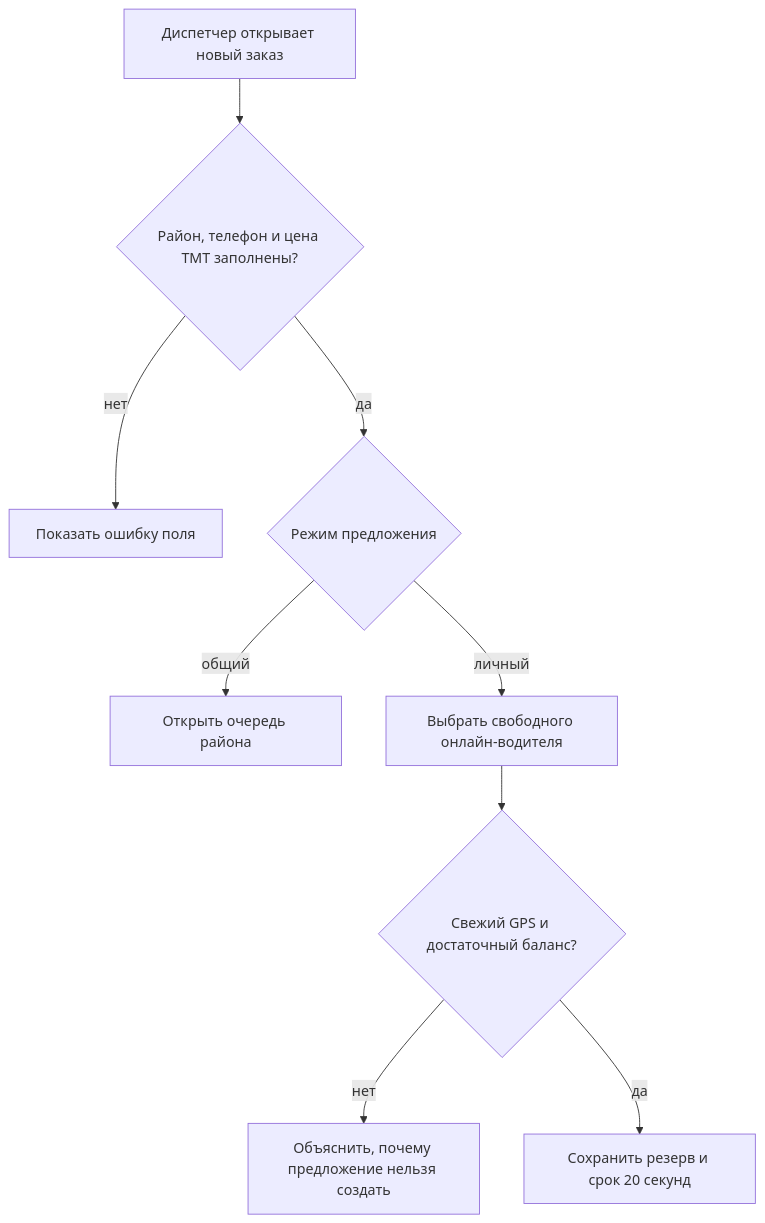
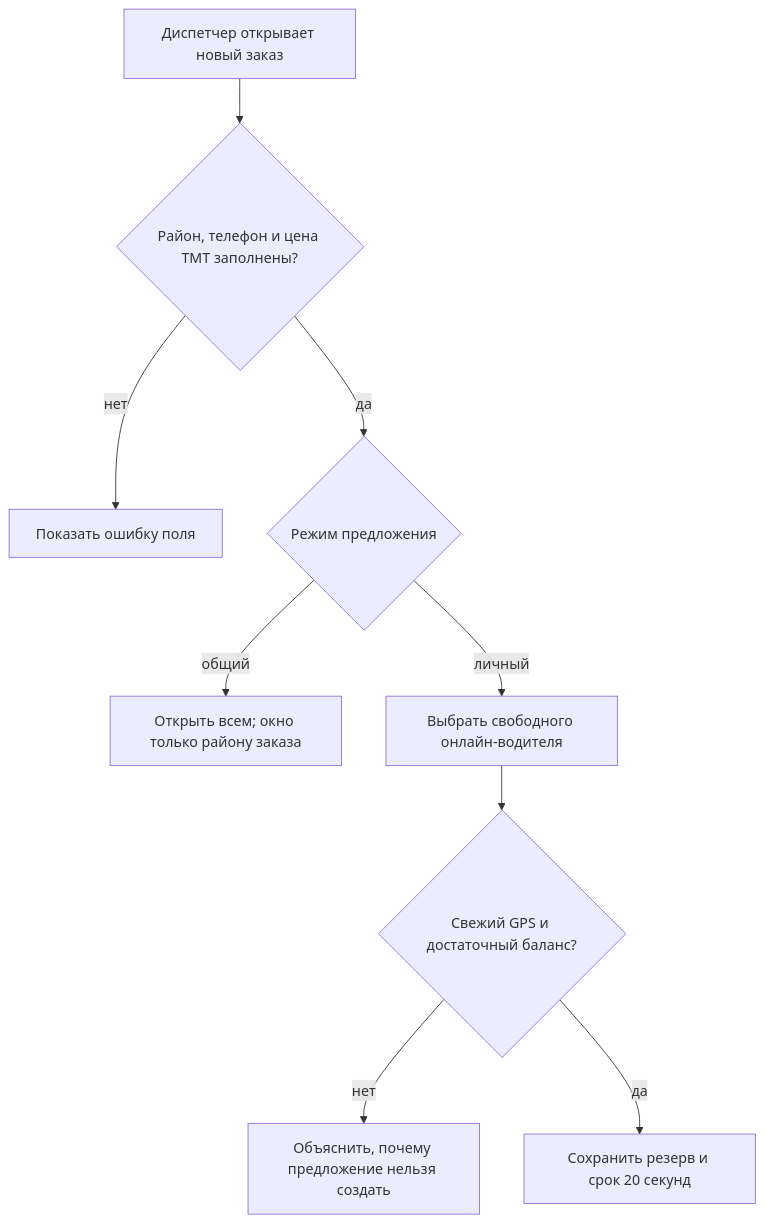
One commit to bagtyyarkovusov/tayyn-hyzmat-project changed the second of 7 diagrams in docs/guide/flows.ru.md. Above: the diagram before and after it, drawn with Mermaid. The commit also changed other lines of this file and 28 other files, not shown here.

````diff
--- a/docs/guide/flows.ru.md
+++ b/docs/guide/flows.ru.md
@@ -30,11 +30,11 @@
 ```mermaid
 flowchart TD
   A[Диспетчер открывает новый заказ] --> B{Район, телефон и цена TMT заполнены?}
   B -- нет --> B1[Показать ошибку поля]
   B -- да --> C{Режим предложения}
-  C -- общий --> D[Открыть очередь района]
+  C -- общий --> D[Открыть всем; окно только району заказа]
   C -- личный --> E[Выбрать свободного онлайн-водителя]
   E --> F{Свежий GPS и достаточный баланс?}
   F -- нет --> F1[Объяснить, почему предложение нельзя создать]
   F -- да --> G[Сохранить резерв и срок 20 секунд]
 ```
````
